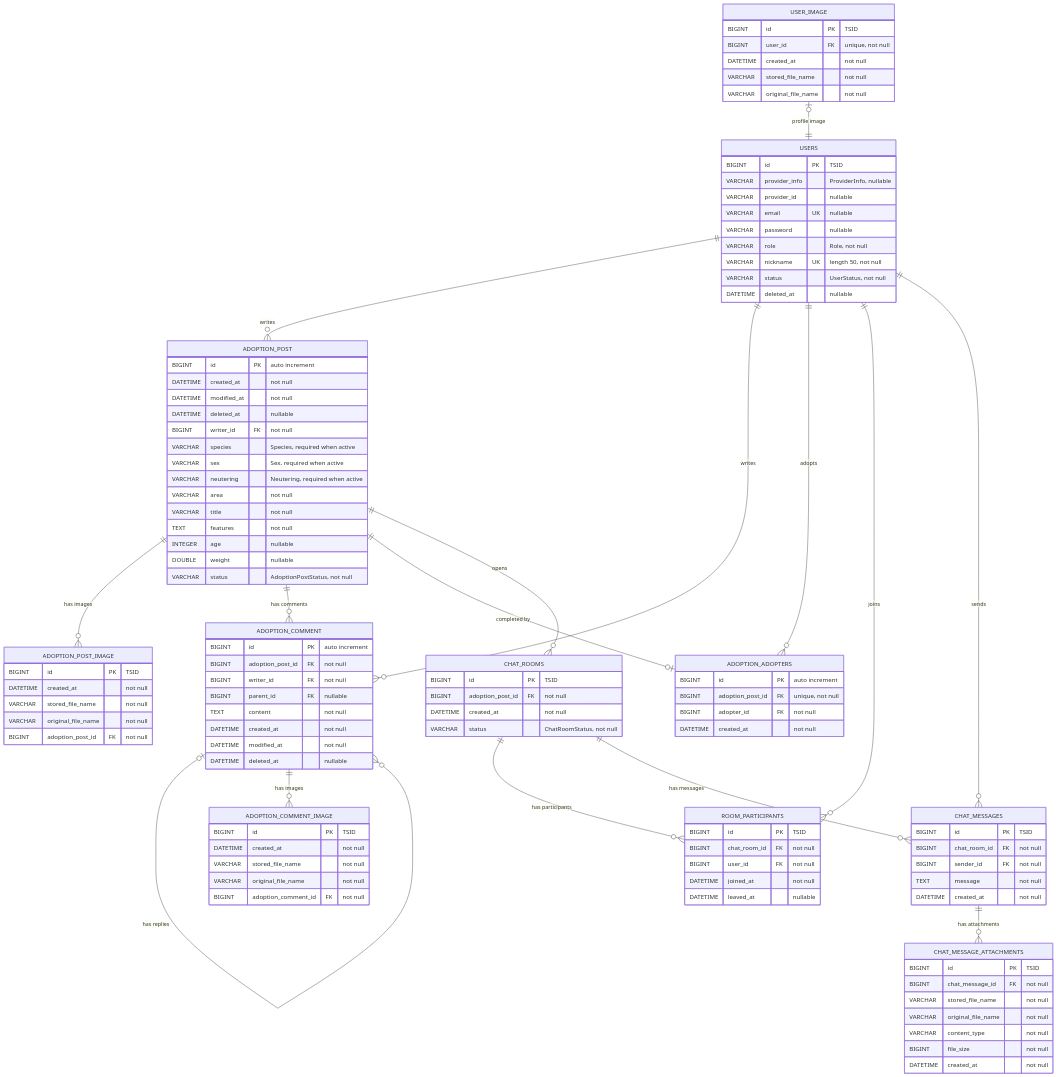
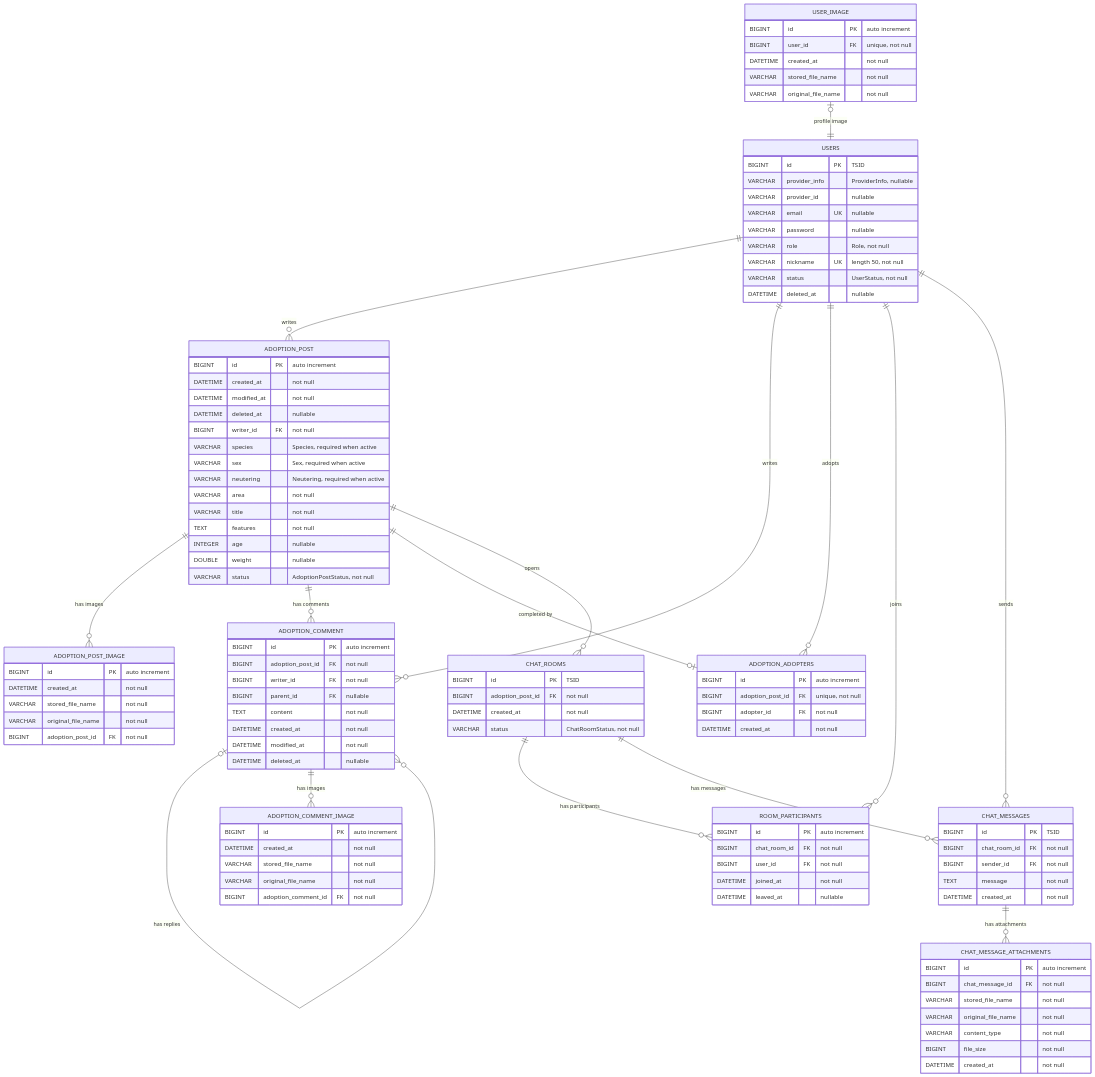
Before and after one commit to RGB234/marigold_server: the diagram in docs/erd.md, drawn with Mermaid. The commit also changed other lines of this file and 12 other files, not shown here.

```diff
--- a/docs/erd.md
+++ b/docs/erd.md
@@ -20,7 +21,7 @@
     }
 
     USER_IMAGE {
-        BIGINT id PK "TSID"
+        BIGINT id PK "auto increment"
         BIGINT user_id FK "unique, not null"
         DATETIME created_at "not null"
         VARCHAR stored_file_name "not null"
@@ -45,7 +46,7 @@
     }
 
     ADOPTION_POST_IMAGE {
-        BIGINT id PK "TSID"
+        BIGINT id PK "auto increment"
         DATETIME created_at "not null"
         VARCHAR stored_file_name "not null"
         VARCHAR original_file_name "not null"
@@ -64,7 +65,7 @@
     }
 
     ADOPTION_COMMENT_IMAGE {
-        BIGINT id PK "TSID"
+        BIGINT id PK "auto increment"
         DATETIME created_at "not null"
         VARCHAR stored_file_name "not null"
         VARCHAR original_file_name "not null"
@@ -86,7 +87,7 @@
     }
 
     ROOM_PARTICIPANTS {
-        BIGINT id PK "TSID"
+        BIGINT id PK "auto increment"
         BIGINT chat_room_id FK "not null"
         BIGINT user_id FK "not null"
         DATETIME joined_at "not null"
@@ -102,7 +103,7 @@
     }
 
     CHAT_MESSAGE_ATTACHMENTS {
-        BIGINT id PK "TSID"
+        BIGINT id PK "auto increment"
         BIGINT chat_message_id FK "not null"
         VARCHAR stored_file_name "not null"
         VARCHAR original_file_name "not null"
```
